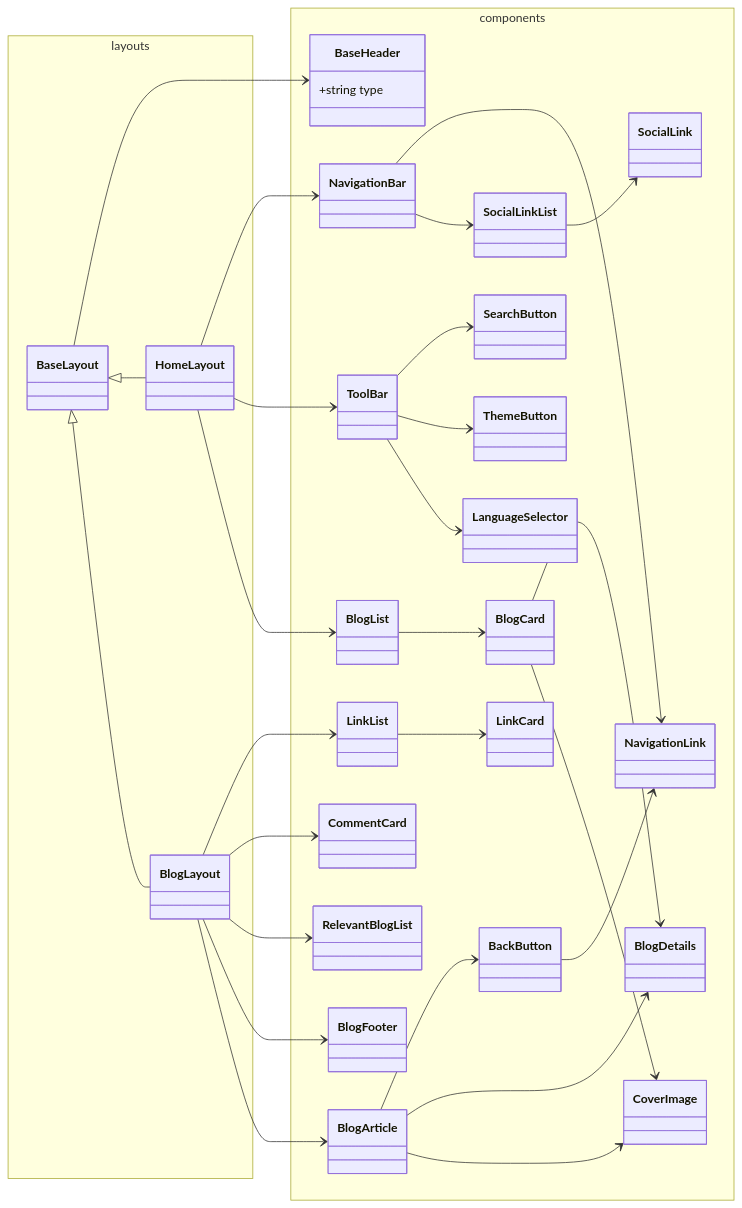
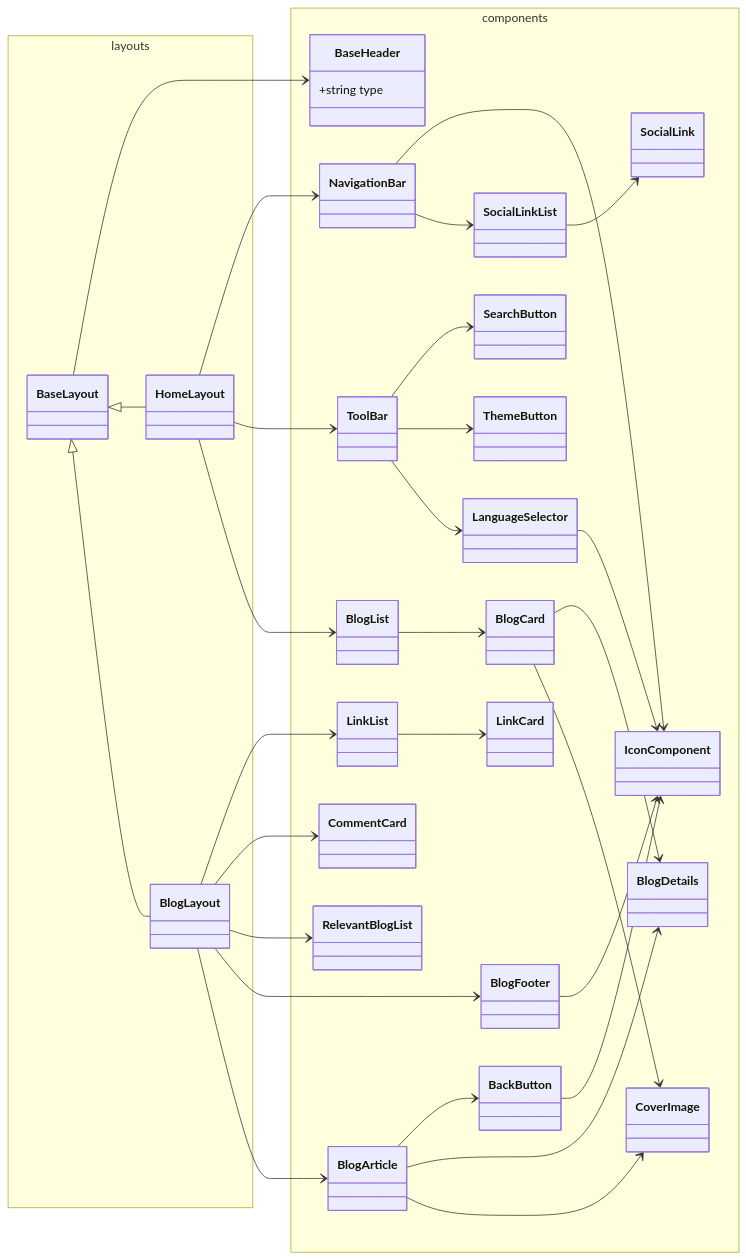
One commit to TheJiahao/TheJiahao.github.io changed the first of 2 diagrams in docs/architecture.md. Above: the diagram before and after it, drawn with Mermaid. The commit also changed other lines of this file, not shown here.

Commit message:
docs: Update architecture

````diff
--- a/docs/architecture.md
+++ b/docs/architecture.md
@@ -5,68 +5,70 @@
 ```mermaid
 classDiagram
 direction LR
 BaseLayout --> BaseHeader
 BaseLayout <|-- HomeLayout
 BaseLayout <|-- BlogLayout
 
 HomeLayout --> NavigationBar
 HomeLayout --> ToolBar
 HomeLayout --> BlogList
 
 BlogLayout --> LinkList
 BlogLayout --> CommentCard
 BlogLayout --> RelevantBlogList
 BlogLayout --> BlogFooter
 BlogLayout --> BlogArticle
 
 LinkList --> LinkCard
 BlogList --> BlogCard
 SocialLinkList --> SocialLink
 
-NavigationBar --> NavigationLink
+NavigationBar --> IconComponent
 NavigationBar --> SocialLinkList
 
 ToolBar --> SearchButton
 ToolBar --> ThemeButton
 ToolBar --> LanguageSelector
+LanguageSelector --> IconComponent
 
-BackButton --> NavigationLink
+BackButton --> IconComponent
 
 BlogCard --> BlogDetails
 BlogCard --> CoverImage
 
 BlogArticle --> BackButton
 BlogArticle --> BlogDetails
 BlogArticle --> CoverImage
+BlogFooter --> IconComponent
 
 namespace layouts {
     class HomeLayout
     class BlogLayout
     class BaseLayout
 }
 
 namespace components {
     class ToolBar
     class NavigationBar
-    class NavigationLink
+    class IconComponent
     class SocialLink
     class SocialLinkList
     class BlogCard
     class BlogList
     class LinkCard
     class LinkList
     class CommentCard
     class RelevantBlogList
     class SearchButton
     class ThemeButton
     class LanguageSelector
     class BaseHeader {
         +string type
     }
     class BlogFooter
     class BlogDetails
     class CoverImage
     class BackButton
     class BlogArticle
 }
 ```
````
